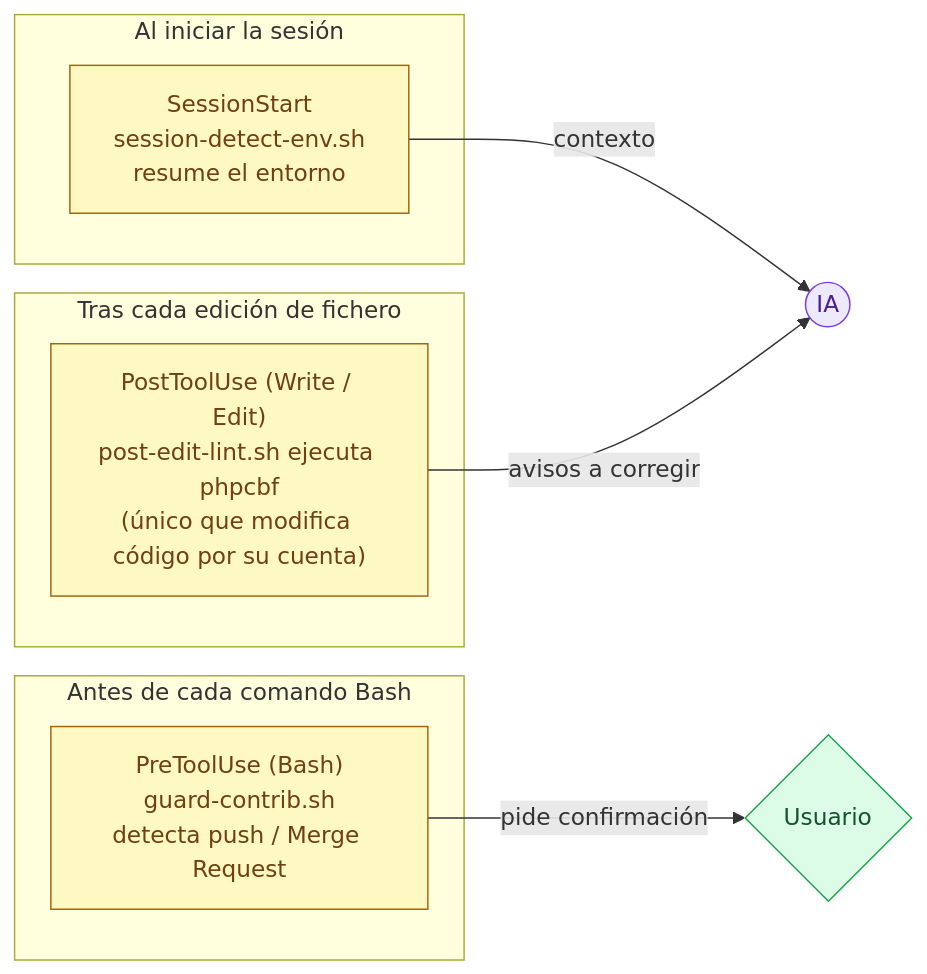
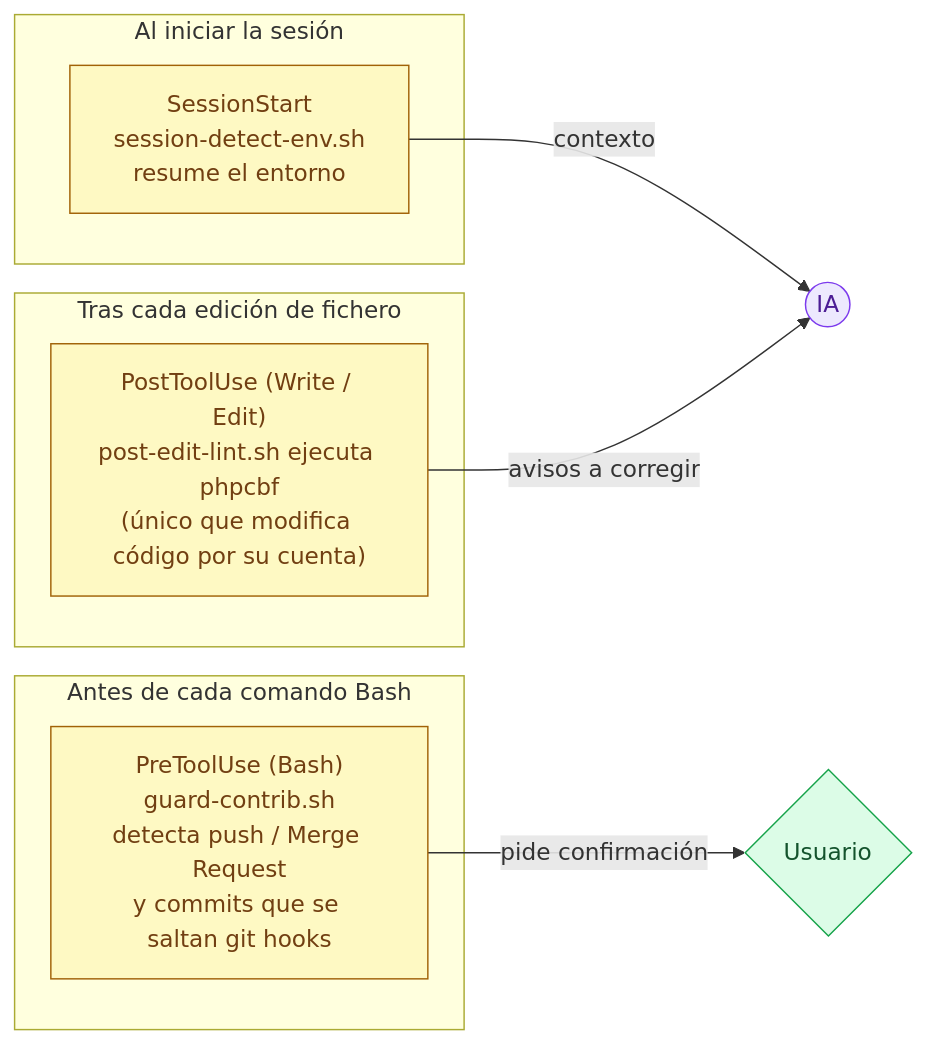
Before and after one commit to thebrokenbrain/drupilot: the fourth of 4 diagrams in FLOW_es.md, drawn with Mermaid. The commit also changed 21 other files, not shown here.

````diff
--- a/FLOW_es.md
+++ b/FLOW_es.md
@@ -191,25 +191,25 @@
 ```mermaid
 flowchart LR
     subgraph S1["Al iniciar la sesión"]
       H1["SessionStart<br/>session-detect-env.sh<br/>resume el entorno"]:::hook
     end
 
     subgraph S2["Tras cada edición de fichero"]
       H2["PostToolUse (Write / Edit)<br/>post-edit-lint.sh ejecuta phpcbf<br/>(único que modifica código por su cuenta)"]:::hook
     end
 
     subgraph S3["Antes de cada comando Bash"]
-      H3["PreToolUse (Bash)<br/>guard-contrib.sh<br/>detecta push / Merge Request"]:::hook
+      H3["PreToolUse (Bash)<br/>guard-contrib.sh<br/>detecta push / Merge Request<br/>y commits que se saltan git hooks"]:::hook
     end
 
     AI(("IA")):::ai
     USER{"Usuario"}:::human
 
     H1 -->|contexto| AI
     H2 -->|avisos a corregir| AI
     H3 -->|pide confirmación| USER
 
     classDef hook fill:#fef9c3,stroke:#a16207,color:#713f12;
     classDef ai fill:#ede9fe,stroke:#7c3aed,color:#4c1d95;
     classDef human fill:#dcfce7,stroke:#16a34a,color:#14532d;
 ```
````
